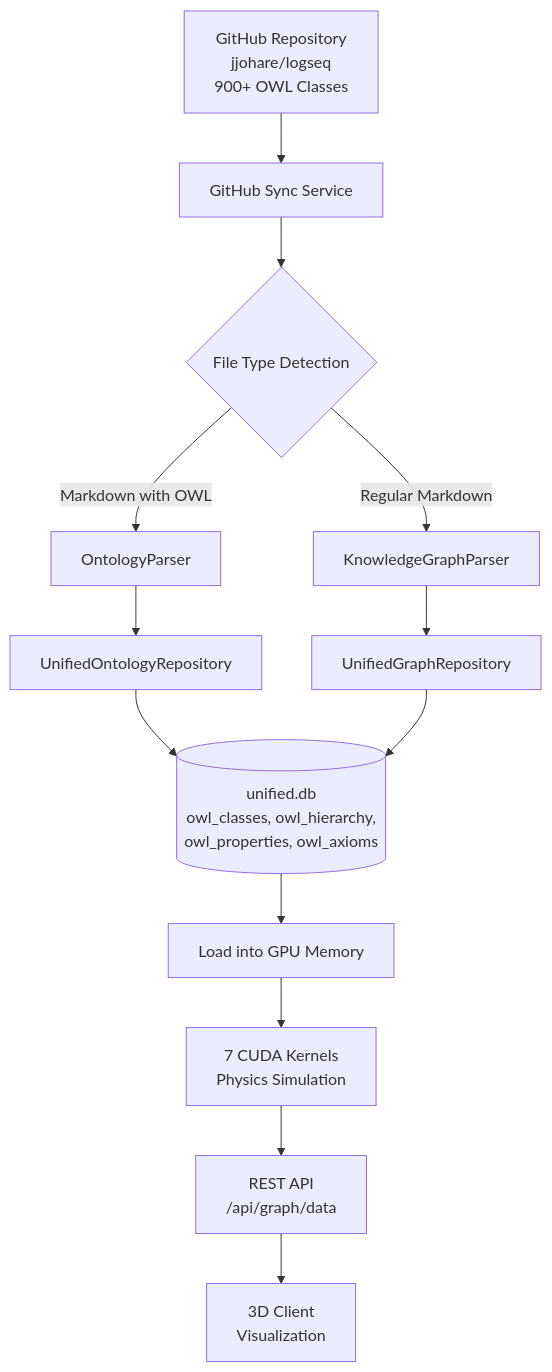
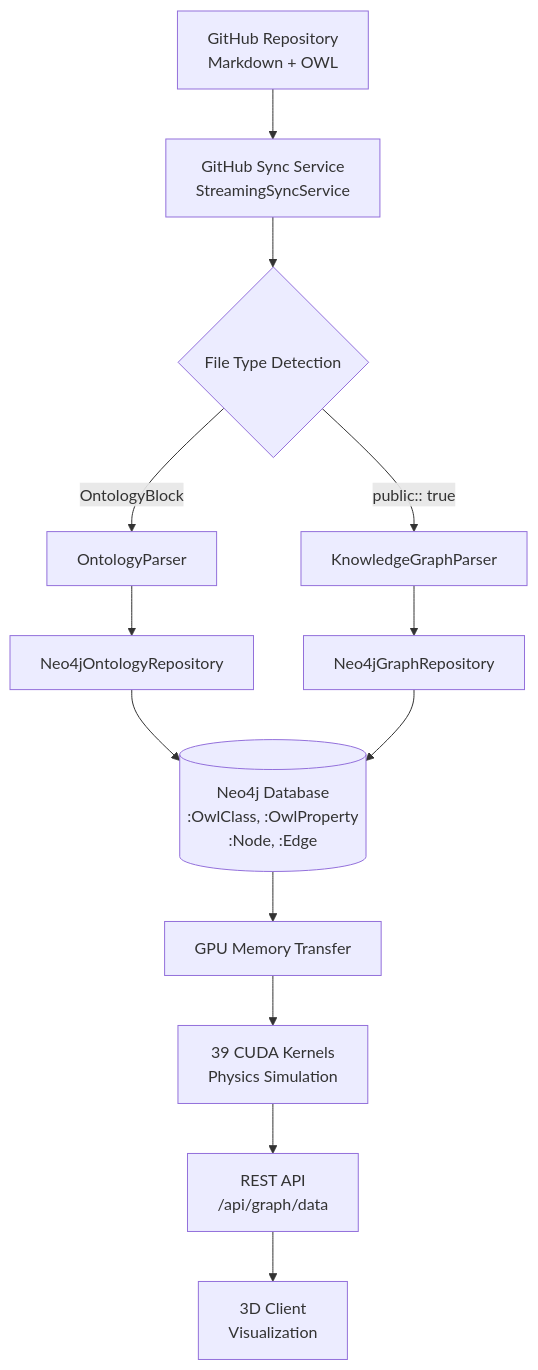
Before and after one commit to DreamLab-AI/VisionFlow: the second of 2 diagrams in README.md, drawn with Mermaid. The commit also changed other lines of this file and 7 other files, not shown here.

First line of the commit message:
docs: Major documentation overhaul - Neo4j architecture and cleanup

````diff
--- a/README.md
+++ b/README.md
@@ -445,15 +453,15 @@
 ```mermaid
 graph TD
-    A[GitHub Repository<br/>jjohare/logseq<br/>900+ OWL Classes] --> B[GitHub Sync Service]
+    A[GitHub Repository<br/>Markdown + OWL] --> B[GitHub Sync Service<br/>StreamingSyncService]
     B --> C{File Type Detection}
-    C -->|Markdown with OWL| D[OntologyParser]
-    C -->|Regular Markdown| E[KnowledgeGraphParser]
-    D --> F[UnifiedOntologyRepository]
-    E --> G[UnifiedGraphRepository]
-    F --> H[(unified.db<br/>owl_classes, owl_hierarchy,<br/>owl_properties, owl_axioms)]
+    C -->|OntologyBlock| D[OntologyParser]
+    C -->|public:: true| E[KnowledgeGraphParser]
+    D --> F[Neo4jOntologyRepository]
+    E --> G[Neo4jGraphRepository]
+    F --> H[(Neo4j Database<br/>:OwlClass, :OwlProperty<br/>:Node, :Edge)]
     G --> H
-    H --> I[Load into GPU Memory]
-    I --> J[7 CUDA Kernels<br/>Physics Simulation]
+    H --> I[GPU Memory Transfer]
+    I --> J[39 CUDA Kernels<br/>Physics Simulation]
     J --> K[REST API<br/>/api/graph/data]
     K --> L[3D Client<br/>Visualization]
 ```
````
